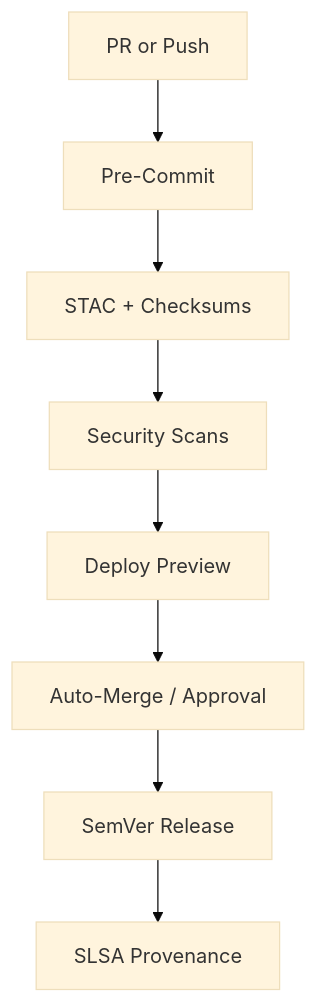
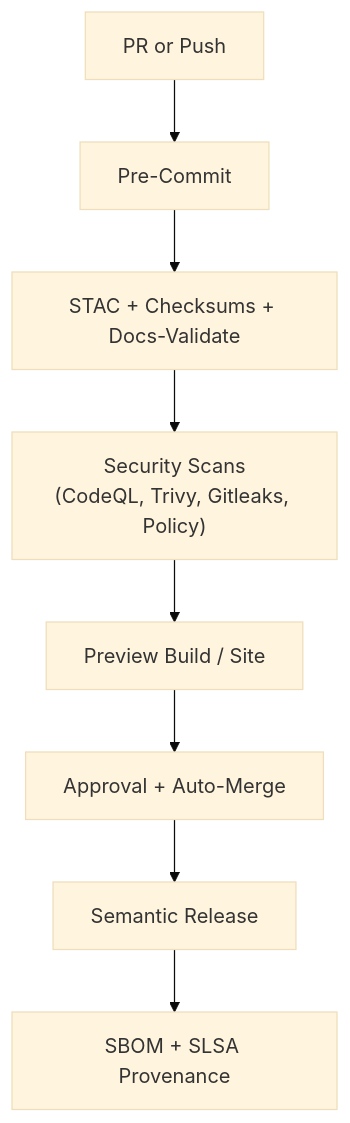
One commit to bartytime4life/Kansas-Frontier-Matrix changed the diagram in .github/workflows/README.md. Above: the diagram before and after it, drawn with Mermaid (base theme). The commit also changed other lines of this file, not shown here.

````diff
--- a/.github/workflows/README.md
+++ b/.github/workflows/README.md
@@ -83,10 +98,11 @@
 ```mermaid
 flowchart TD
   A["PR or Push"] --> B["Pre-Commit"]
-  B --> C["STAC + Checksums"]
-  C --> D["Security Scans"]
-  D --> E["Deploy Preview"]
-  E --> F["Auto-Merge / Approval"]
-  F --> G["SemVer Release"]
-  G --> H["SLSA Provenance"]
+  B --> C["STAC + Checksums + Docs-Validate"]
+  C --> D["Security Scans<br/>(CodeQL, Trivy, Gitleaks, Policy)"]
+  D --> E["Preview Build / Site"]
+  E --> F["Approval + Auto-Merge"]
+  F --> G["Semantic Release"]
+  G --> H["SBOM + SLSA Provenance"]
+%% END OF MERMAID
 ```
````
